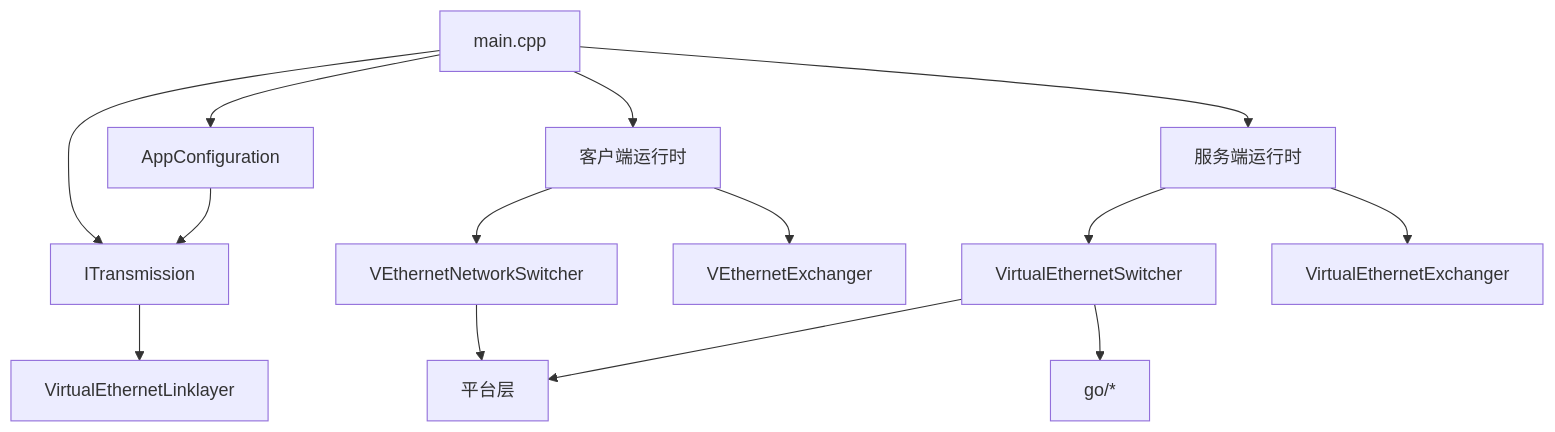
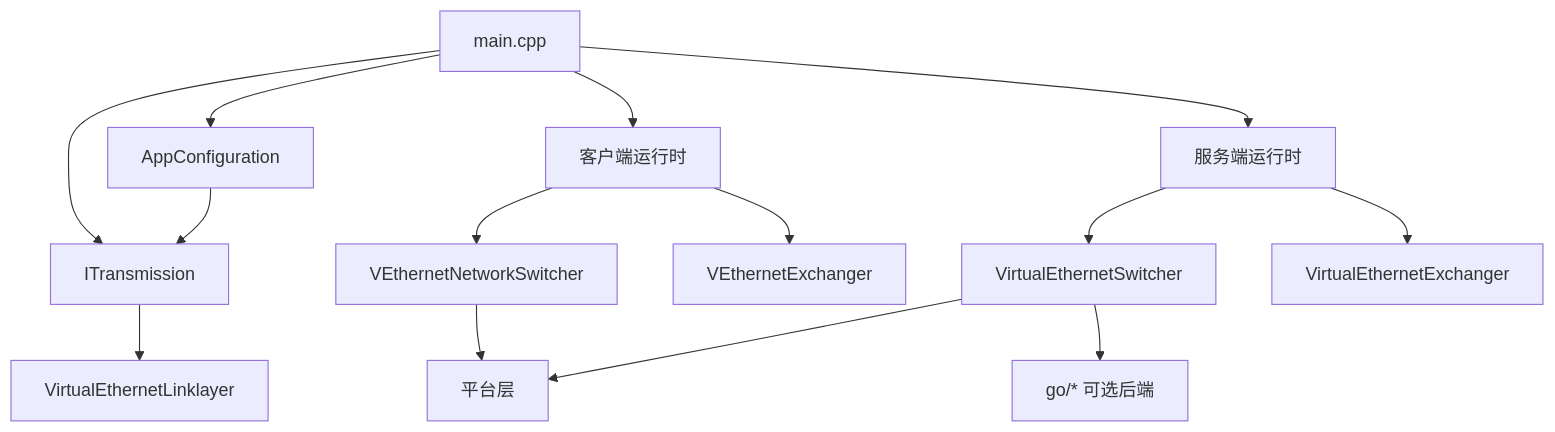
The first of 4 diagrams in docs/ARCHITECTURE_CN.md (HyacinthHaru/openppp2), drawn with Mermaid before and after one commit. The commit also changed other lines of this file and 38 other files, not shown here.

````diff
--- a/docs/ARCHITECTURE_CN.md
+++ b/docs/ARCHITECTURE_CN.md
@@ -25,16 +17,16 @@
 ```mermaid
 graph TD
     A[main.cpp] --> B[AppConfiguration]
     A --> C[ITransmission]
     A --> D[客户端运行时]
     A --> E[服务端运行时]
     B --> C
     C --> F[VirtualEthernetLinklayer]
     D --> G[VEthernetNetworkSwitcher]
     D --> H[VEthernetExchanger]
     E --> I[VirtualEthernetSwitcher]
     E --> J[VirtualEthernetExchanger]
     G --> K[平台层]
     I --> K
-    I --> L[go/*]
+    I --> L[go/* 可选后端]
 ```
````
